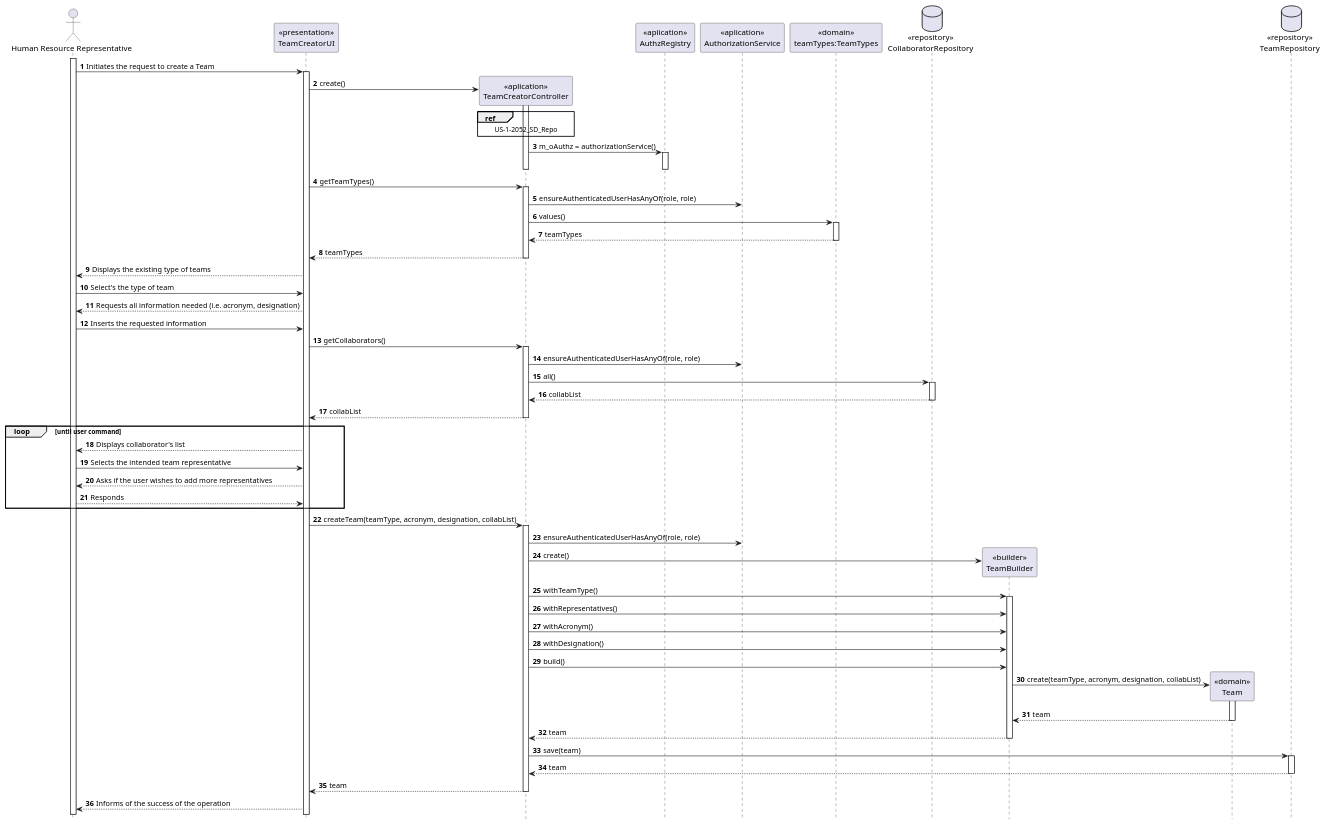
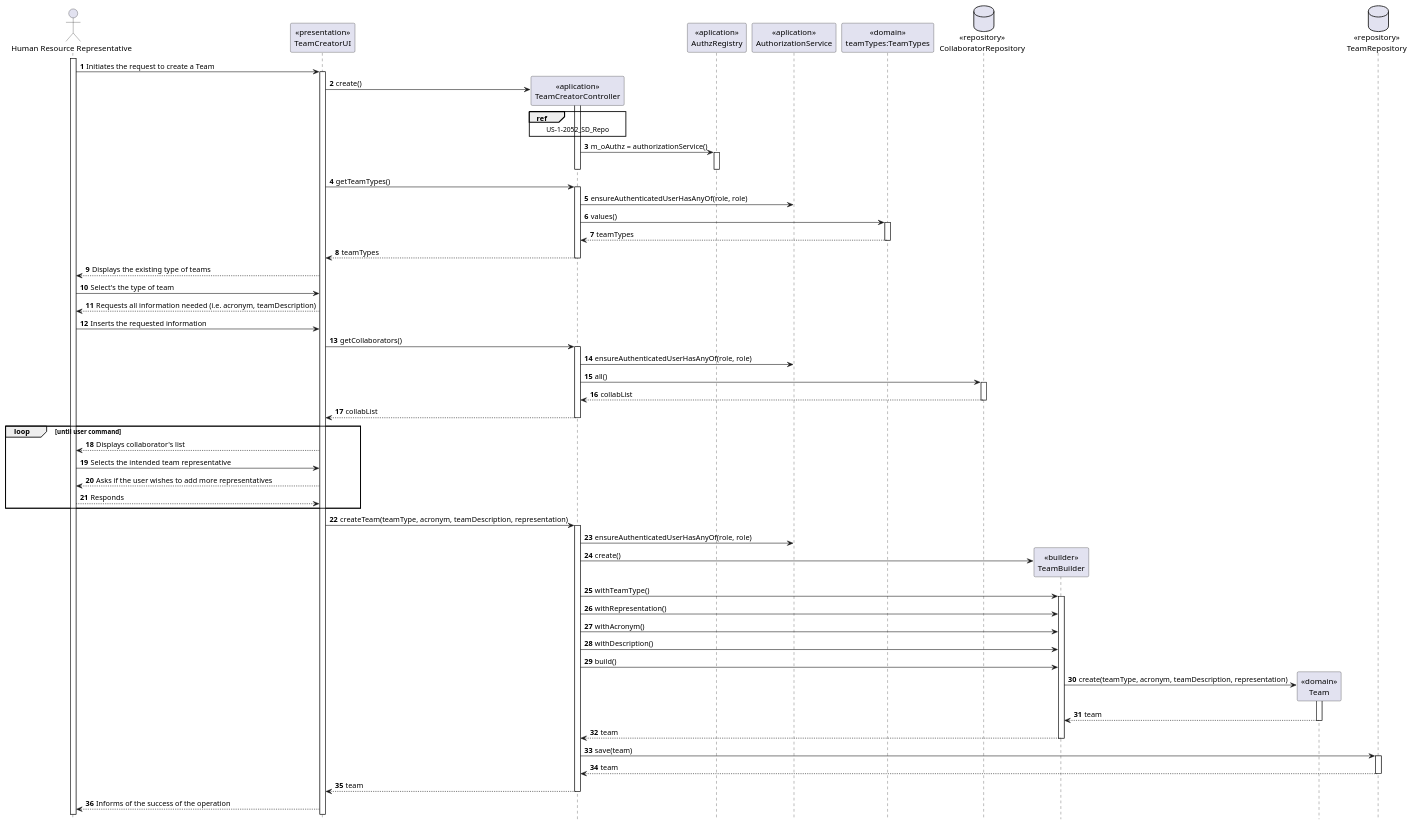
One commit to tiagoavcosta25/LAPR4 changed the diagram in doc/engenharia/SprintB/1191460/US-1-2052_CreateTeam/US-1-2052_SD.puml. Above: the diagram before and after it, drawn with PlantUML. The commit also changed 1 other file, not shown here.

```diff
--- a/doc/engenharia/SprintB/1191460/US-1-2052_CreateTeam/US-1-2052_SD.puml
+++ b/doc/engenharia/SprintB/1191460/US-1-2052_CreateTeam/US-1-2052_SD.puml
@@ -1,118 +1,118 @@
 @startuml
 autonumber
 hide footbox
 
 actor "Human Resource Representative" as HRR
 
 participant "<<presentation>>\nTeamCreatorUI" as UI
 participant "<<aplication>>\nTeamCreatorController" as CTRL
 participant "<<aplication>>\nAuthzRegistry" as AUTHR
 participant "<<aplication>>\nAuthorizationService" as AUTH
 participant "<<domain>>\nteamTypes:TeamTypes" as TT
 database "<<repository>>\nCollaboratorRepository" as CR
 participant "<<builder>>\nTeamBuilder" as TB
 participant "<<domain>>\nTeam" as TEAM
 database "<<repository>>\nTeamRepository" as TR
 
 activate HRR
 HRR -> UI : Initiates the request to create a Team
 
 activate UI
 UI -> CTRL** : create()
 
 activate CTRL
 ref over CTRL
 US-1-2052_SD_Repo
 end ref
 
 CTRL -> AUTHR : m_oAuthz = authorizationService()
 activate AUTHR
 deactivate CTRL
 deactivate AUTHR
 
 UI -> CTRL : getTeamTypes()
 
 activate CTRL
 CTRL -> AUTH : ensureAuthenticatedUserHasAnyOf(role, role)
 CTRL -> TT : values()
 
 activate TT
 TT --> CTRL : teamTypes
 deactivate TT
 
 CTRL --> UI : teamTypes
 deactivate CTRL
 
 UI --> HRR : Displays the existing type of teams
 
 HRR -> UI : Select's the type of team
 
-UI --> HRR : Requests all information needed (i.e. acronym, designation)
+UI --> HRR : Requests all information needed (i.e. acronym, teamDescription)
 
 HRR -> UI : Inserts the requested information
 
 UI -> CTRL : getCollaborators()
 
 activate CTRL
 CTRL -> AUTH : ensureAuthenticatedUserHasAnyOf(role, role)
 CTRL -> CR : all()
 
 activate CR
 CR --> CTRL : collabList
 
 deactivate CR
 CTRL --> UI : collabList
 deactivate CTRL
 
 
 loop until user command
 UI --> HRR : Displays collaborator's list
 
 HRR -> UI : Selects the intended team representative
 
 UI --> HRR : Asks if the user wishes to add more representatives
 
 HRR --> UI : Responds
 end
 
-UI -> CTRL : createTeam(teamType, acronym, designation, collabList)
+UI -> CTRL : createTeam(teamType, acronym, teamDescription, representation)
 
 activate CTRL
 CTRL -> AUTH : ensureAuthenticatedUserHasAnyOf(role, role)
 CTRL -> TB** : create()
 CTRL -> TB : withTeamType()
 
 activate TB
 
-CTRL -> TB : withRepresentatives()
+CTRL -> TB : withRepresentation()
 CTRL -> TB : withAcronym()
-CTRL -> TB : withDesignation()
+CTRL -> TB : withDescription()
 CTRL -> TB : build()
 
-TB -> TEAM** : create(teamType, acronym, designation, collabList)
+TB -> TEAM** : create(teamType, acronym, teamDescription, representation)
 
 activate TEAM
 TEAM --> TB : team
 deactivate TEAM
 
 TB --> CTRL : team
 deactivate TB
 
 CTRL -> TR : save(team)
 
 activate TR
 TR --> CTRL : team
 deactivate TR
 
 CTRL --> UI : team
 deactivate CTRL
 
 UI --> HRR : Informs of the success of the operation
 
 
 
 
 
 
 
 @enduml
```
